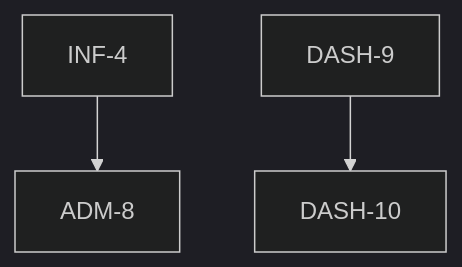
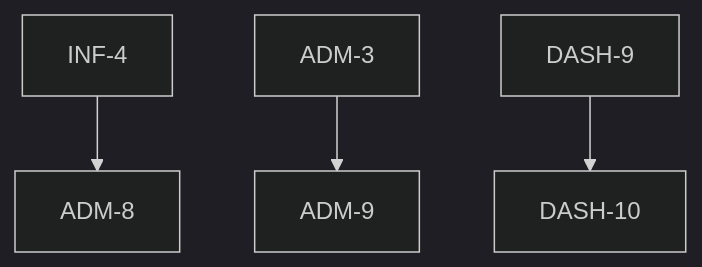
One commit to ClementLCW85/UtilitiesTool changed the diagram in docs/context-engineering/FEATURES.md. Above: the diagram before and after it, drawn with Mermaid (dark theme). The commit also changed other lines of this file and 7 other files, not shown here.

````diff
--- a/docs/context-engineering/FEATURES.md
+++ b/docs/context-engineering/FEATURES.md
@@ -96,5 +133,6 @@
 ```mermaid
 graph TD
     INF-4 --> ADM-8
+    ADM-3 --> ADM-9
     DASH-9 --> DASH-10
 ```
````
